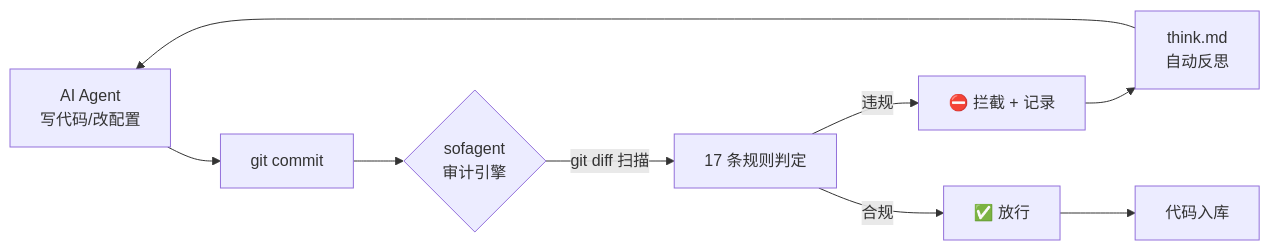
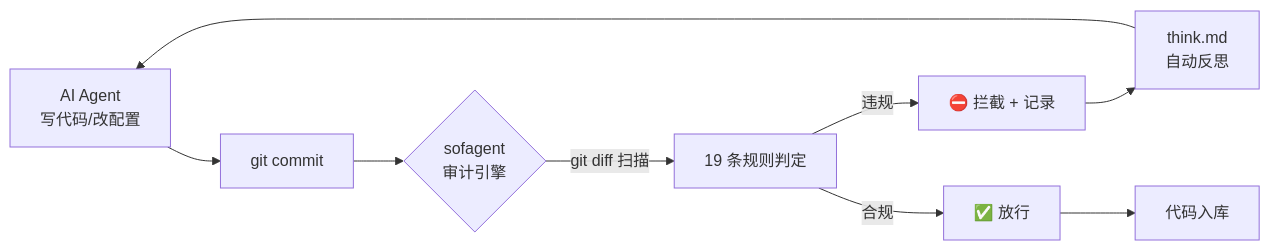
Before and after one commit to KongFangXun/sofagent: the third of 4 diagrams in README.md, drawn with Mermaid. The commit also changed other lines of this file and 122 other files, not shown here.

````diff
--- a/README.md
+++ b/README.md
@@ -126,11 +126,11 @@
 ```mermaid
 graph LR
     A[AI Agent<br/>写代码/改配置] --> B[git commit]
     B --> C{sofagent<br/>审计引擎}
-    C -->|git diff 扫描| D[17 条规则判定]
+    C -->|git diff 扫描| D[19 条规则判定]
     D -->|违规| E[⛔ 拦截 + 记录]
     D -->|合规| F[✅ 放行]
     E --> G[think.md<br/>自动反思]
     F --> H[代码入库]
     G --> A
 ```
````
